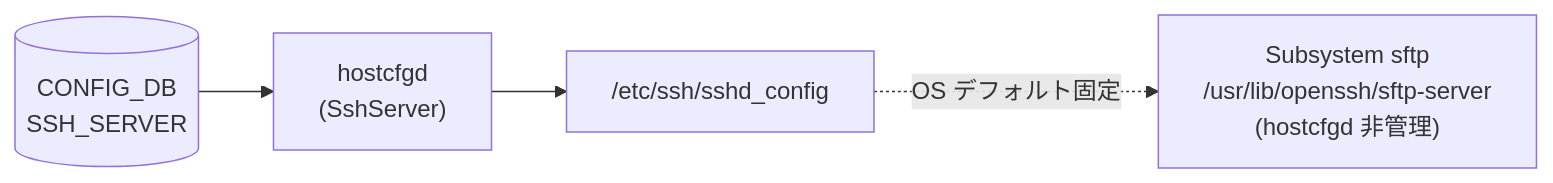
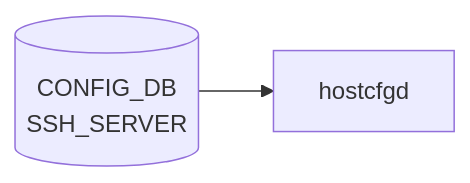
One commit to aoki-taquan/sonic-unofficial-docs changed the diagram in docs/reference/config-db/ssh-sftp.md. Above: the diagram before and after it, drawn with Mermaid. The commit also changed other lines of this file and 359 other files, not shown here.

````diff
--- a/docs/reference/config-db/ssh-sftp.md
+++ b/docs/reference/config-db/ssh-sftp.md
@@ -33,10 +33,6 @@
 ```mermaid
 flowchart LR
   CDB[("CONFIG_DB<br/>SSH_SERVER")]
-  DM["hostcfgd<br/>(SshServer)"]
-  SSHD["/etc/ssh/sshd_config"]
-  SFTP["Subsystem sftp<br/>/usr/lib/openssh/sftp-server<br/>(hostcfgd 非管理)"]
+  DM["hostcfgd"]
   CDB --> DM
-  DM --> SSHD
-  SSHD -.->|OS デフォルト固定| SFTP
 ```
````
